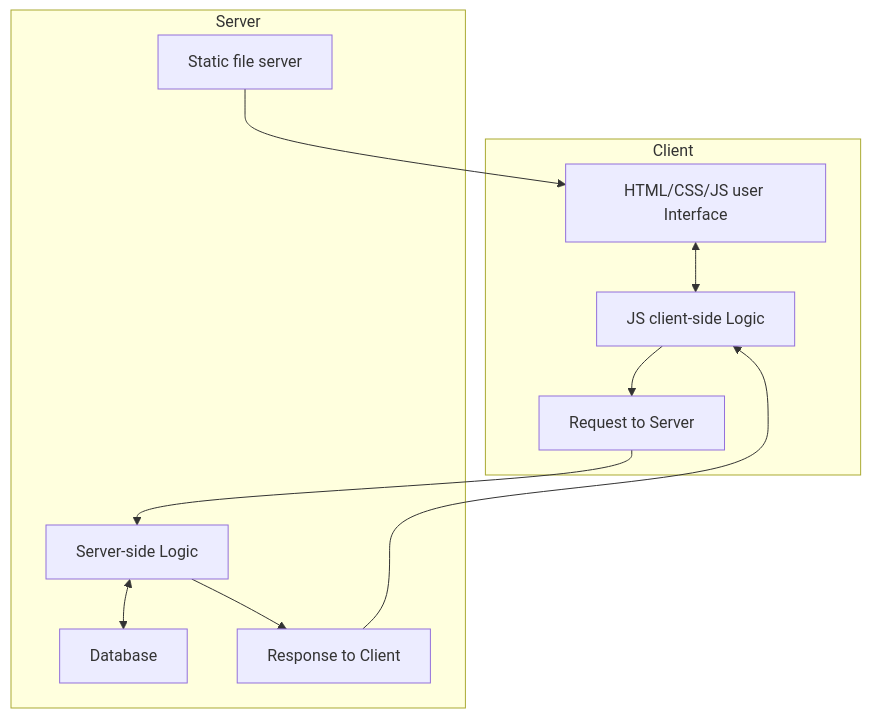
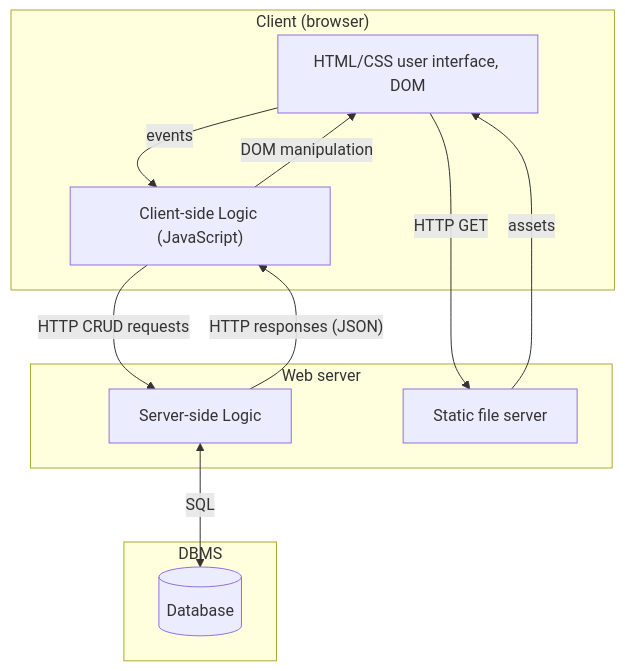
Before and after one commit to mattpe/hyte-web-dev: the first of 2 diagrams in 01-tools-env.md, drawn with Mermaid. The commit also changed other lines of this file and 3 other files, not shown here.

````diff
--- a/01-tools-env.md
+++ b/01-tools-env.md
@@ -7,17 +9,23 @@
 ```mermaid
 graph TD
 
-subgraph Client
-   A[HTML/CSS/JS user Interface] <--> B[JS client-side Logic]
-   B --> C[Request to Server]
+subgraph "Client (browser)"
+   DOM[HTML/CSS user interface, DOM] -- events --> CSL["Client-side Logic (JavaScript)"]
+   CSL -- DOM manipulation --> DOM
 end
 
-subgraph Server
-   C --> D[Server-side Logic]
-   D <--> E[Database]
-   D --> F[Response to Client]
-   G[Static file server] --> A
+subgraph "Web server"
+   SSL[Server-side Logic]
+   SFS[Static file server]
 end
 
-F --> B
+subgraph DBMS
+   DB[(Database)]
+end
+
+DOM -- HTTP GET --> SFS
+SFS -- assets --> DOM
+CSL -- HTTP CRUD requests --> SSL
+SSL -- HTTP responses (JSON) --> CSL
+SSL <-- SQL--> DB
 ```
````
